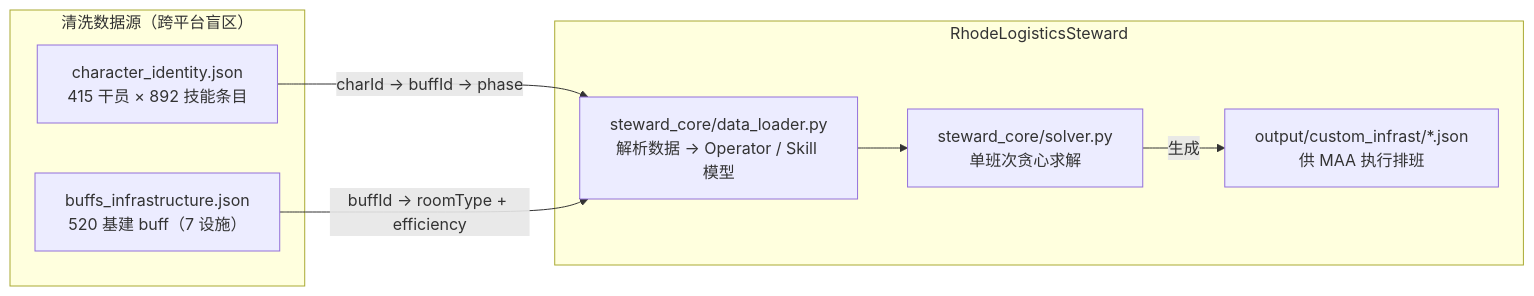
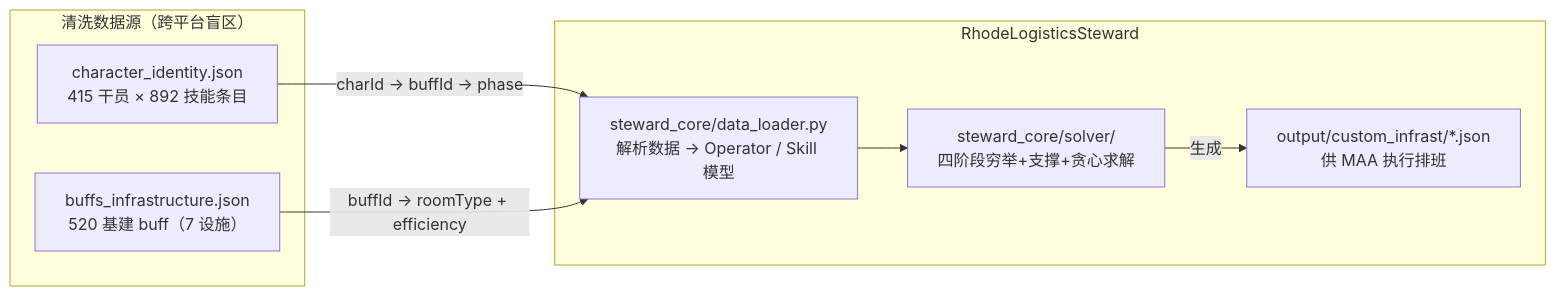
Before and after one commit to Pegaiur/RhodeLogisticsSteward: the first of 5 diagrams in docs/constraints-and-data-baseline.md, drawn with Mermaid. The commit also changed 6 other files, not shown here.

````diff
--- a/docs/constraints-and-data-baseline.md
+++ b/docs/constraints-and-data-baseline.md
@@ -9,16 +9,16 @@
 ```mermaid
 flowchart LR
     subgraph 数据源["清洗数据源（跨平台盲区）"]
         A["character_identity.json<br/>415 干员 × 892 技能条目"]
         B["buffs_infrastructure.json<br/>520 基建 buff（7 设施）"]
     end
     subgraph 本项目["RhodeLogisticsSteward"]
         C["steward_core/data_loader.py<br/>解析数据 → Operator / Skill 模型"]
-        D["steward_core/solver.py<br/>单班次贪心求解"]
+        D["steward_core/solver/<br/>四阶段穷举+支撑+贪心求解"]
         E["output/custom_infrast/*.json<br/>供 MAA 执行排班"]
     end
     A -->|"charId → buffId → phase"| C
     B -->|"buffId → roomType + efficiency"| C
     C --> D
     D -->|"生成"| E
 ```
````
